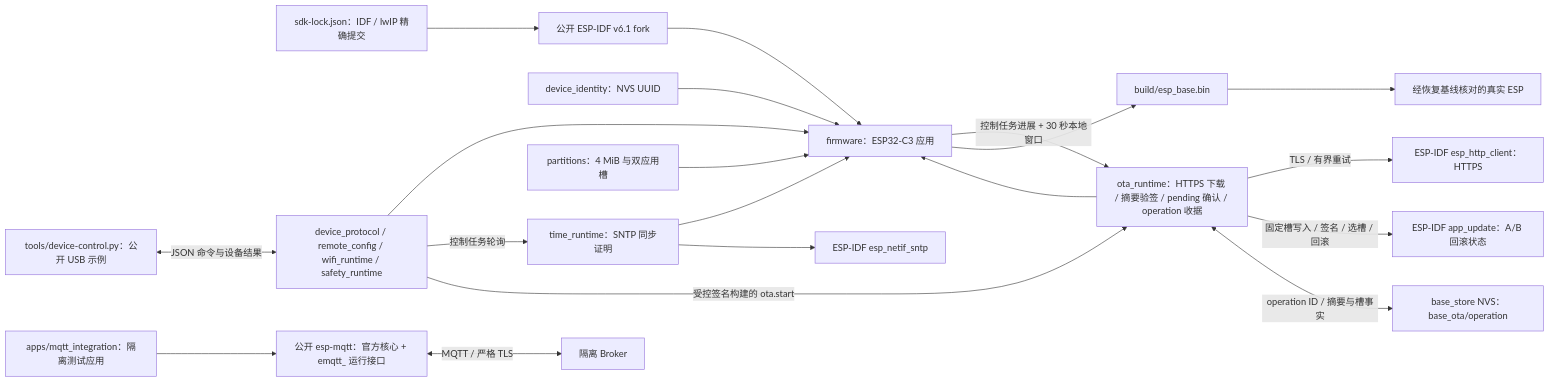
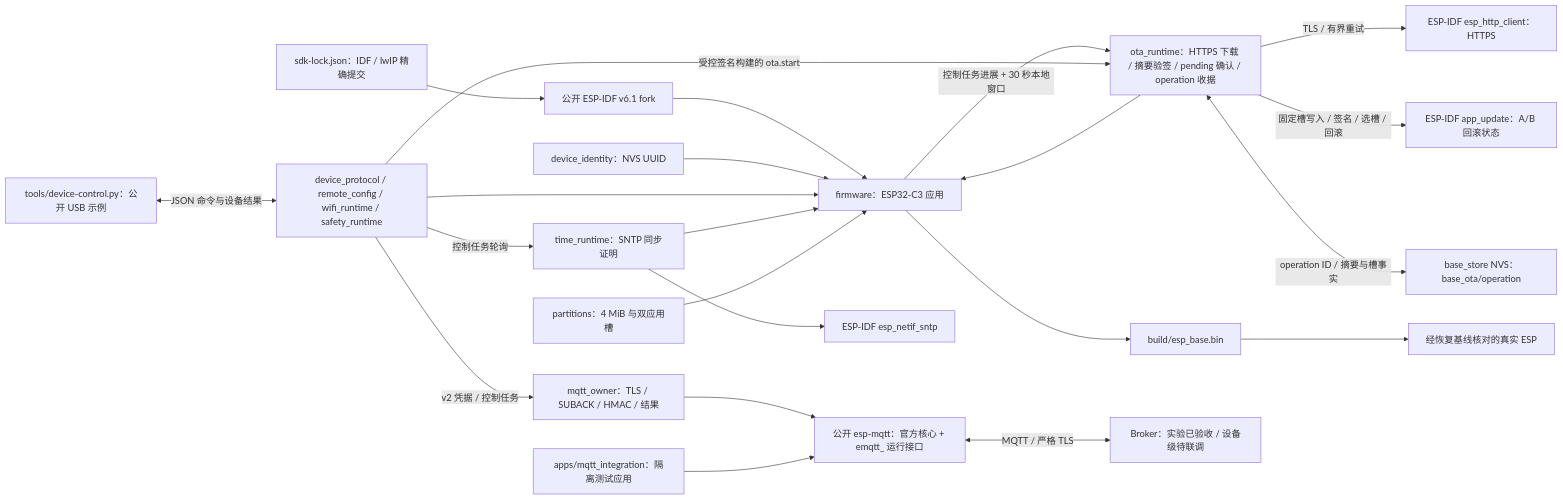
One commit to darren-you/esp-base changed the diagram in README.md. Above: the diagram before and after it, drawn with Mermaid. The commit also changed other lines of this file and 14 other files, not shown here.

````diff
--- a/README.md
+++ b/README.md
@@ -7,22 +7,24 @@
 ```mermaid
 flowchart LR
     sdk_lock["sdk-lock.json：IDF / lwIP 精确提交"] --> sdk["公开 ESP-IDF v6.1 fork"]
     sdk --> firmware["firmware：ESP32-C3 应用"]
     identity["device_identity：NVS UUID"] --> firmware
     state["device_protocol / remote_config / wifi_runtime / safety_runtime"] --> firmware
+    state -->|"v2 凭据 / 控制任务"| mqtt_owner["mqtt_owner：TLS / SUBACK / HMAC / 结果"]
+    mqtt_owner --> mqtt
     time["time_runtime：SNTP 同步证明"] --> firmware
     state -->|"控制任务轮询"| time
     time --> idf_time["ESP-IDF esp_netif_sntp"]
     ota["ota_runtime：HTTPS 下载 / 摘要验签 / pending 确认 / operation 收据"] --> firmware
     firmware -->|"控制任务进展 + 30 秒本地窗口"| ota
     state -->|"受控签名构建的 ota.start"| ota
     ota -->|"TLS / 有界重试"| https["ESP-IDF esp_http_client：HTTPS"]
     ota -->|"固定槽写入 / 签名 / 选槽 / 回滚"| slot["ESP-IDF app_update：A/B 回滚状态"]
     ota <-->|"operation ID / 摘要与槽事实"| receipt["base_store NVS：base_ota/operation"]
     layout["partitions：4 MiB 与双应用槽"] --> firmware
     host["tools/device-control.py：公开 USB 示例"] <-->|"JSON 命令与设备结果"| state
     firmware --> image["build/esp_base.bin"]
     lab["apps/mqtt_integration：隔离测试应用"] --> mqtt["公开 esp-mqtt：官方核心 + emqtt_ 运行接口"]
-    mqtt <-->|"MQTT / 严格 TLS"| broker["隔离 Broker"]
+    mqtt <-->|"MQTT / 严格 TLS"| broker["Broker：实验已验收 / 设备级待联调"]
     image --> board["经恢复基线核对的真实 ESP"]
 ```
````
